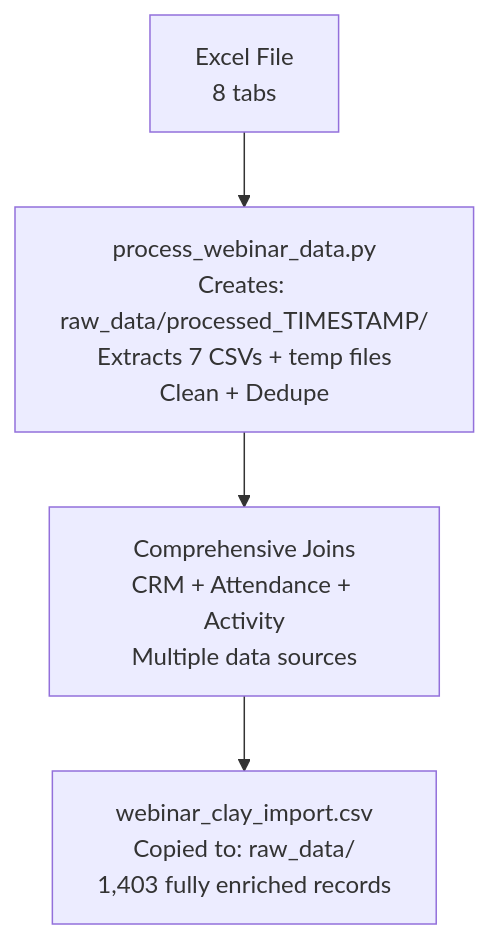
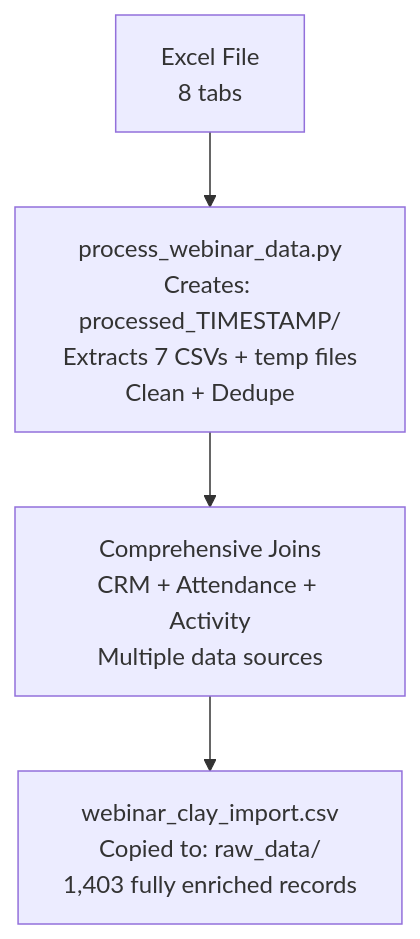
The diagram in README.md (frankterpo/clay_gtm), drawn with Mermaid before and after one commit. The commit also changed other lines of this file and 1 other file, not shown here.

First line of the commit message:
📁 REORGANIZED DIRECTORY STRUCTURE - Processed Folders at Root Level

````diff
--- a/README.md
+++ b/README.md
@@ -39,6 +39,6 @@
 ```mermaid
 flowchart TD
-    A[Excel File<br/>8 tabs] --> B[process_webinar_data.py<br/>Creates: raw_data/processed_TIMESTAMP/<br/>Extracts 7 CSVs + temp files<br/>Clean + Dedupe]
+    A[Excel File<br/>8 tabs] --> B[process_webinar_data.py<br/>Creates: processed_TIMESTAMP/<br/>Extracts 7 CSVs + temp files<br/>Clean + Dedupe]
     B --> C[Comprehensive Joins<br/>CRM + Attendance + Activity<br/>Multiple data sources]
     C --> D[webinar_clay_import.csv<br/>Copied to: raw_data/<br/>1,403 fully enriched records]
 ```
````
